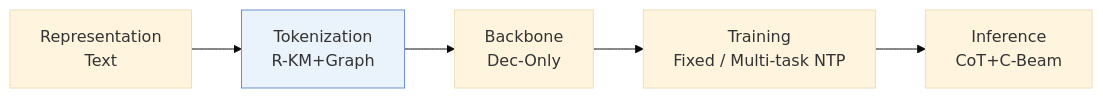
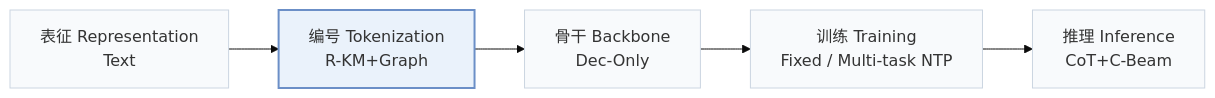
One commit to Galaxy-ghost/Awesome-SID-Generative-Rec changed the first of 2 diagrams in pages/zh/papers/cogrec.md. Above: the diagram before and after it, drawn with Mermaid (base theme). The commit also changed other lines of this file and 649 other files, not shown here.

Commit message:
writer-05: also tags and modality index (schema, check, build, visuals); summary field removed; calibration data for 12 papers

````diff
--- a/pages/zh/papers/cogrec.md
+++ b/pages/zh/papers/cogrec.md
@@ -13,6 +15,8 @@
 ```mermaid
 flowchart LR
-    R["Representation<br/>Text"] --> T["Tokenization<br/>R-KM+Graph"] --> B["Backbone<br/>Dec-Only"] --> TR["Training<br/>Fixed / Multi-task NTP"] --> I["Inference<br/>CoT+C-Beam"]
-    classDef main fill:#eaf2fb,stroke:#6b8fc7
+    R["表征 Representation<br/>Text"] --> T["编号 Tokenization<br/>R-KM+Graph"] --> B["骨干 Backbone<br/>Dec-Only"] --> TR["训练 Training<br/>Fixed / Multi-task NTP"] --> I["推理 Inference<br/>CoT+C-Beam"]
+    classDef base fill:#f8fafc,stroke:#cbd5e1
+    class R,T,B,TR,I base
+    classDef main fill:#eaf2fb,stroke:#6b8fc7,stroke-width:2px
     class T main
 ```
````
